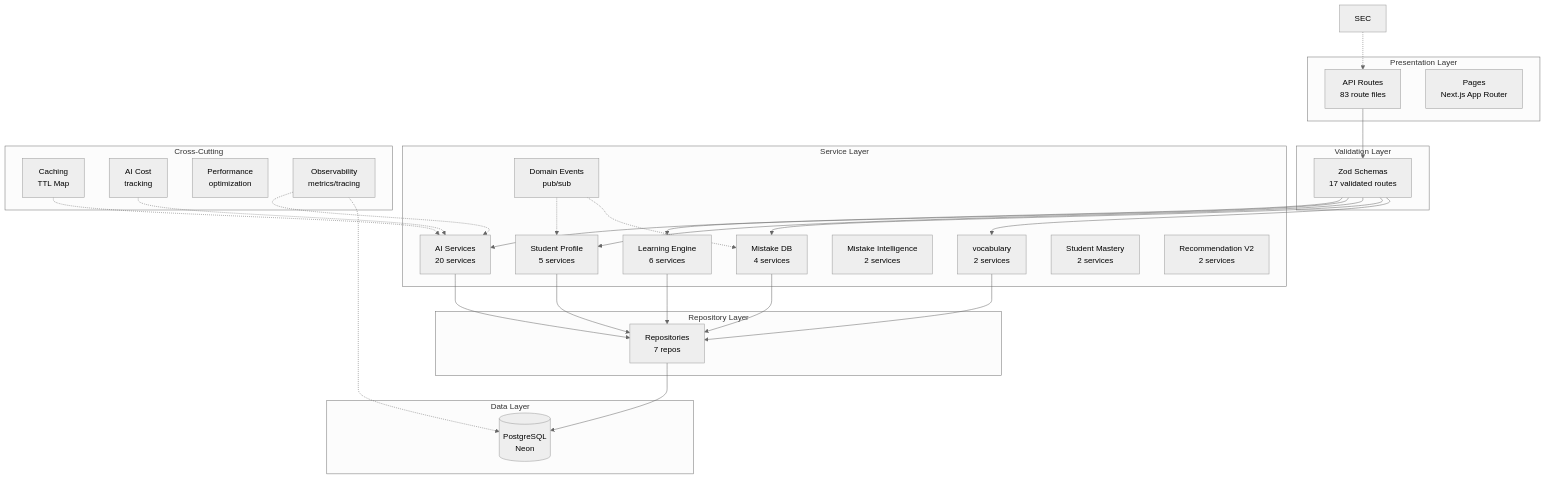
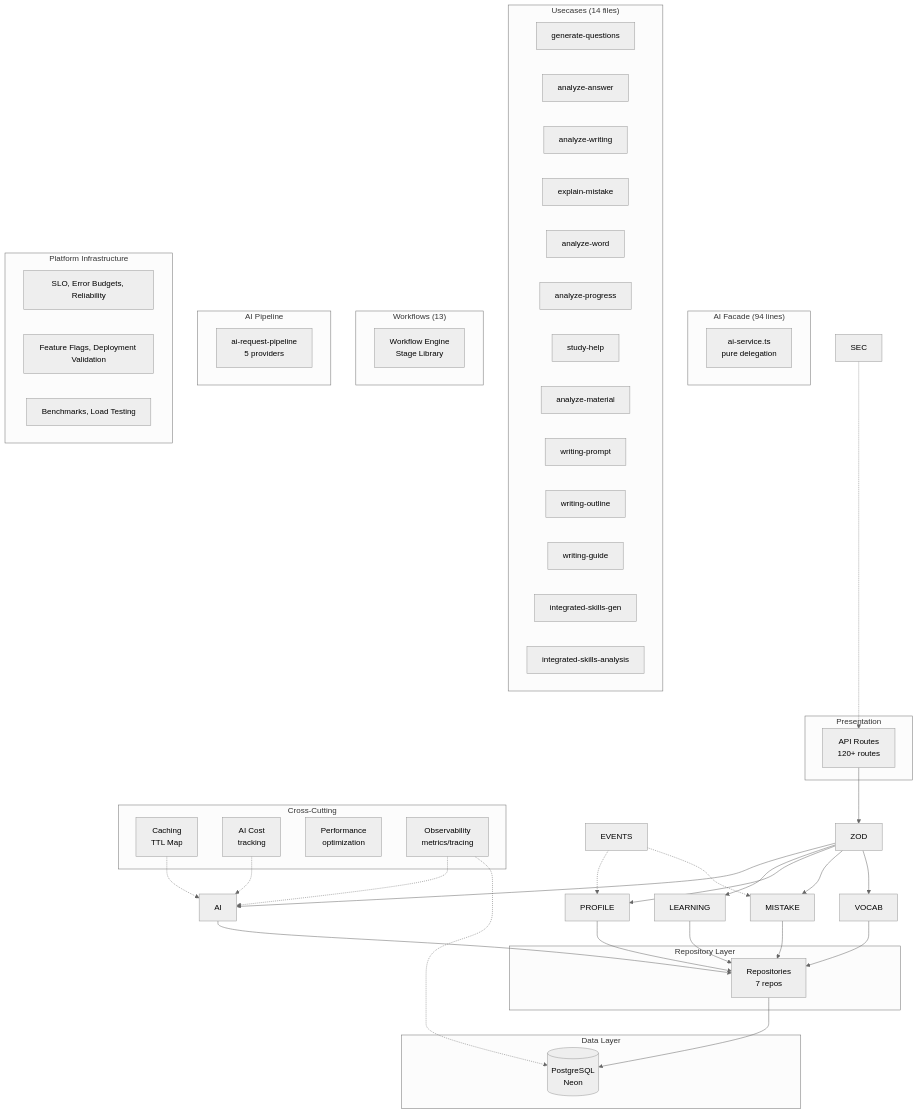
The first of 3 diagrams in docs/ARCHITECTURE.md (ipwh/ai-english-platform), drawn with Mermaid (neutral theme) before and after one commit. The commit also changed other lines of this file and 145 other files, not shown here.

First line of the commit message:
Sprint 100: Platform v1.0 Release Candidate & Architecture Certification

````diff
--- a/docs/ARCHITECTURE.md
+++ b/docs/ARCHITECTURE.md
@@ -8,59 +8,77 @@
 ```mermaid
 graph TB
-    subgraph "Presentation Layer"
-        ROUTES[API Routes<br/>83 route files]
-        PAGES[Pages<br/>Next.js App Router]
+    subgraph "Presentation"
+        ROUTES[API Routes<br/>120+ routes]
     end
 
-    subgraph "Validation Layer"
-        ZOD[Zod Schemas<br/>17 validated routes]
+    subgraph "AI Facade (94 lines)"
+        FACADE[ai-service.ts<br/>pure delegation]
     end
 
-    subgraph "Service Layer"
-        AI[AI Services<br/>20 services]
-        LEARNING[Learning Engine<br/>6 services]
-        PROFILE[Student Profile<br/>5 services]
-        MISTAKE[Mistake DB<br/>4 services]
-        MISTAKE_INTEL[Mistake Intelligence<br/>2 services]
-        VOCAB[vocabulary<br/>2 services]
-        MASTERY[Student Mastery<br/>2 services]
-        RECO_V2[Recommendation V2<br/>2 services]
-        EVENTS[Domain Events<br/>pub/sub]
+    subgraph "Usecases (14 files)"
+        GEN[generate-questions]
+        ANS[analyze-answer]
+        WRT[analyze-writing]
+        MIS[explain-mistake]
+        WORD[analyze-word]
+        PROG[analyze-progress]
+        HELP[study-help]
+        MAT[analyze-material]
+        WPROMPT[writing-prompt]
+        WOUTLINE[writing-outline]
+        WGUIDE[writing-guide]
+        ISGEN[integrated-skills-gen]
+        ISANALYSIS[integrated-skills-analysis]
     end
+
+    subgraph "Workflows (13)"
+        WF[Workflow Engine<br/>Stage Library]
+    end
+
+    subgraph "AI Pipeline"
+        PIPELINE[ai-request-pipeline<br/>5 providers]
+    end
+
+    subgraph "Platform Infrastructure"
+        SRE[SLO, Error Budgets, Reliability]
+        RELEASE[Feature Flags, Deployment Validation]
+        BENCH[Benchmarks, Load Testing]
+    end
+
 
     subgraph "Repository Layer"
         REPO[Repositories<br/>7 repos]
     end
 
     subgraph "Data Layer"
         DB[(PostgreSQL<br/>Neon)]
     end
 
     subgraph "Cross-Cutting"
         CACHE[Caching<br/>TTL Map]
         COST[AI Cost<br/>tracking]
         PERF[Performance<br/>optimization]
         OBS[Observability<br/>metrics/tracing]
     end
 
     ROUTES --> ZOD
     ZOD --> AI
     ZOD --> LEARNING
     ZOD --> PROFILE
     ZOD --> MISTAKE
     ZOD --> VOCAB
     AI --> REPO
     LEARNING --> REPO
     PROFILE --> REPO
     MISTAKE --> REPO
     VOCAB --> REPO
     REPO --> DB
 
     EVENTS -.-> PROFILE
     EVENTS -.-> MISTAKE
     CACHE -.-> AI
     COST -.-> AI
     SEC -.-> ROUTES
     OBS -.-> AI
     OBS -.-> DB
 ```
````
